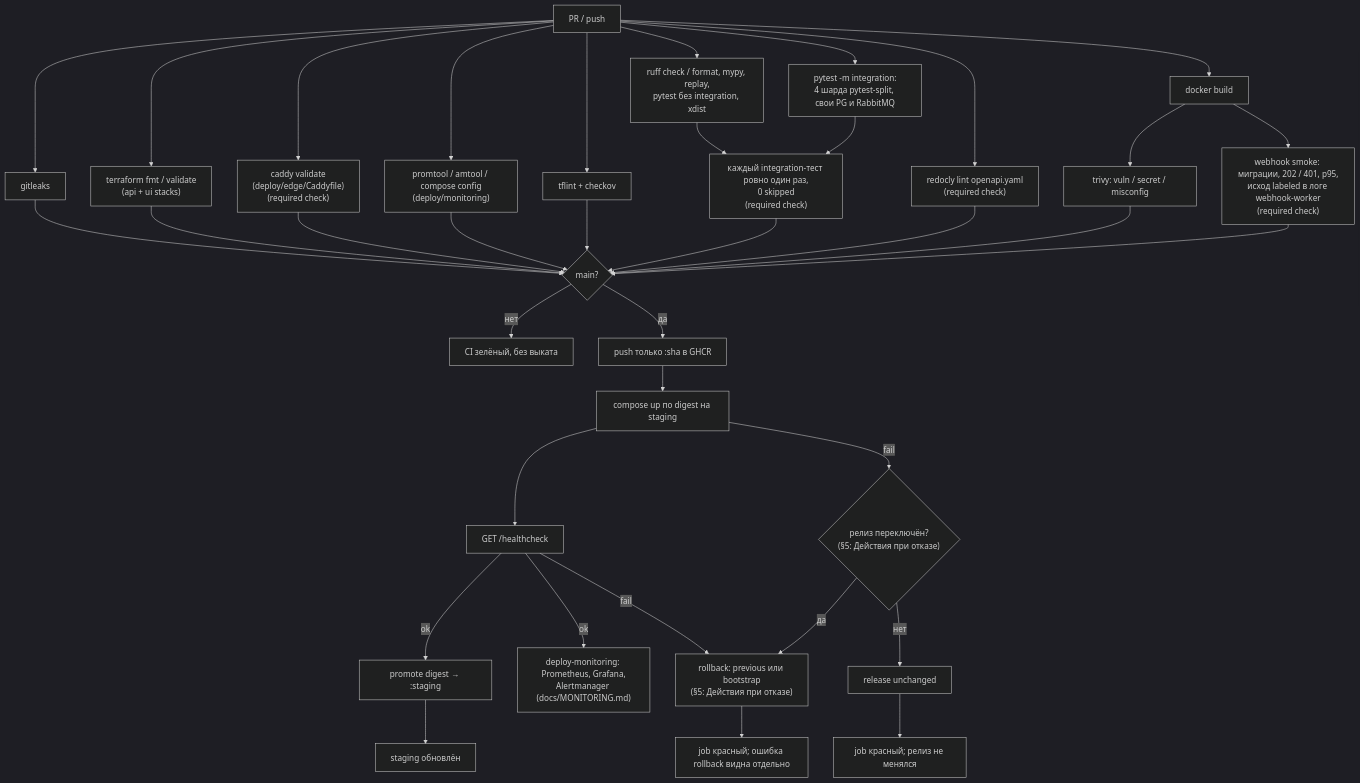
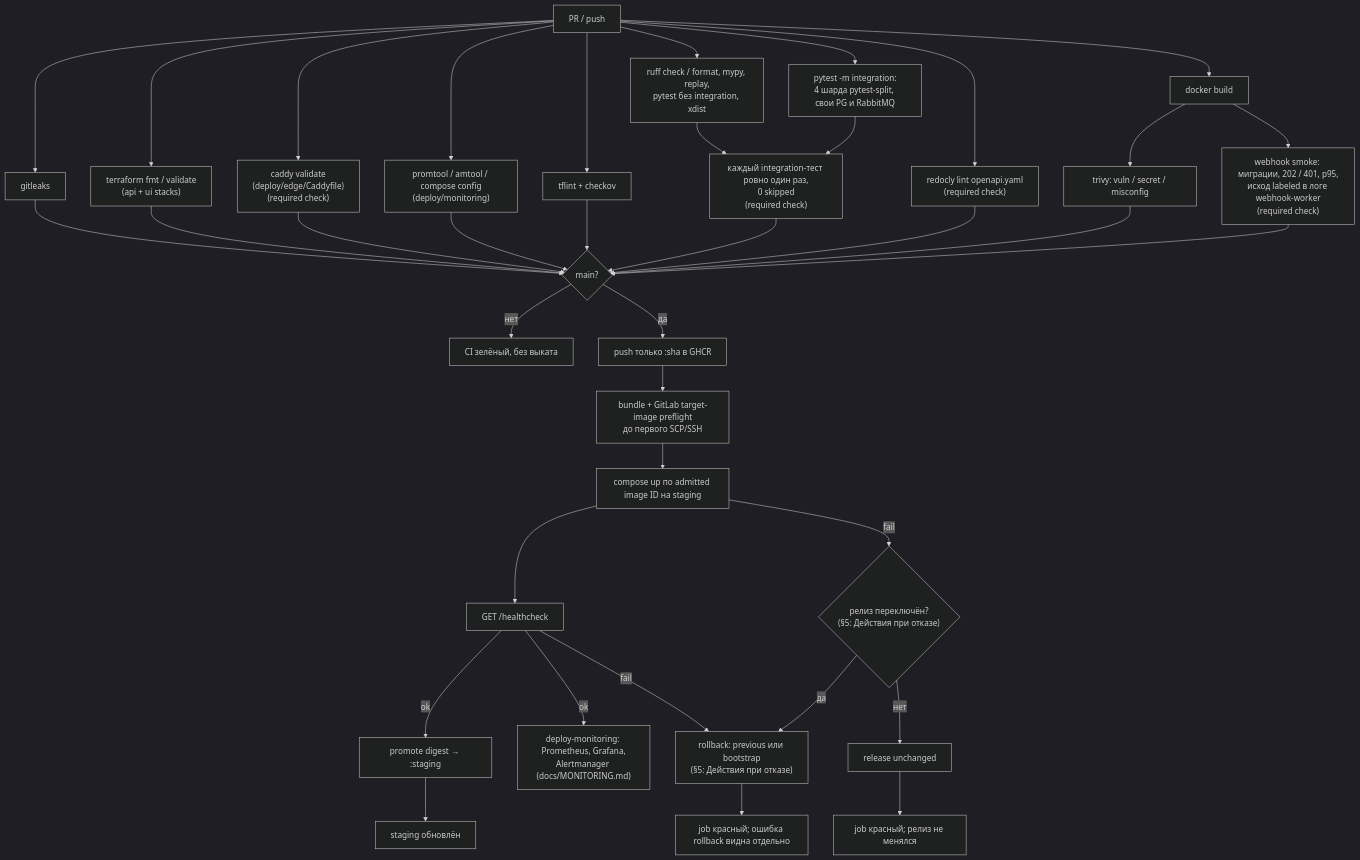
Before and after one commit to larchanka-training/dmc-268-api-t6: the diagram in docs/CICD.md, drawn with Mermaid (dark theme). The commit also changed other lines of this file and 12 other files, not shown here.

First line of the commit message:
feat(deploy): wire GitLab staging configuration (#335)

````diff
--- a/docs/CICD.md
+++ b/docs/CICD.md
@@ -15,38 +15,39 @@
 ```mermaid
 flowchart TD
   pr["PR / push"] --> secrets["gitleaks"]
   pr --> tf["terraform fmt / validate\n(api + ui stacks)"]
   pr --> caddy["caddy validate\n(deploy/edge/Caddyfile)\n(required check)"]
   pr --> mon["promtool / amtool / compose config\n(deploy/monitoring)"]
   pr --> lint["tflint + checkov"]
   pr --> unit["ruff check / format, mypy, replay,\npytest без integration, xdist"]
   pr --> integ["pytest -m integration:\n4 шарда pytest-split, свои PG и RabbitMQ"]
   unit --> py["каждый integration-тест ровно один раз,\n0 skipped\n(required check)"]
   integ --> py
   pr --> oas["redocly lint openapi.yaml\n(required check)"]
   pr --> build["docker build"]
   build --> scan["trivy: vuln / secret / misconfig"]
   build --> smoke["webhook smoke: миграции, 202 / 401, p95,\nисход labeled в логе webhook-worker\n(required check)"]
   secrets --> gate{"main?"}
   py --> gate
   tf --> gate
   caddy --> gate
   mon --> gate
   lint --> gate
   scan --> gate
   oas --> gate
   smoke --> gate
   gate -->|нет| stop["CI зелёный, без выката"]
   gate -->|да| push["push только :sha в GHCR"]
-  push --> deploy["compose up по digest на staging"]
+  push --> admission["bundle + GitLab target-image preflight\nдо первого SCP/SSH"]
+  admission --> deploy["compose up по admitted image ID на staging"]
   deploy --> health["GET /healthcheck"]
   health -->|ok| promote["promote digest → :staging"]
   promote --> done["staging обновлён"]
   health -->|ok| monitoring["deploy-monitoring: Prometheus, Grafana,\nAlertmanager (docs/MONITORING.md)"]
   health -->|fail| rb["rollback: previous или bootstrap\n(§5: Действия при отказе)"]
   deploy -->|fail| switched{"релиз переключён?\n(§5: Действия при отказе)"}
   switched -->|да| rb
   switched -->|нет| unchanged["release unchanged"]
   unchanged --> unchanged_fail["job красный; релиз не менялся"]
   rb --> fail["job красный; ошибка rollback видна отдельно"]
 ```
````
